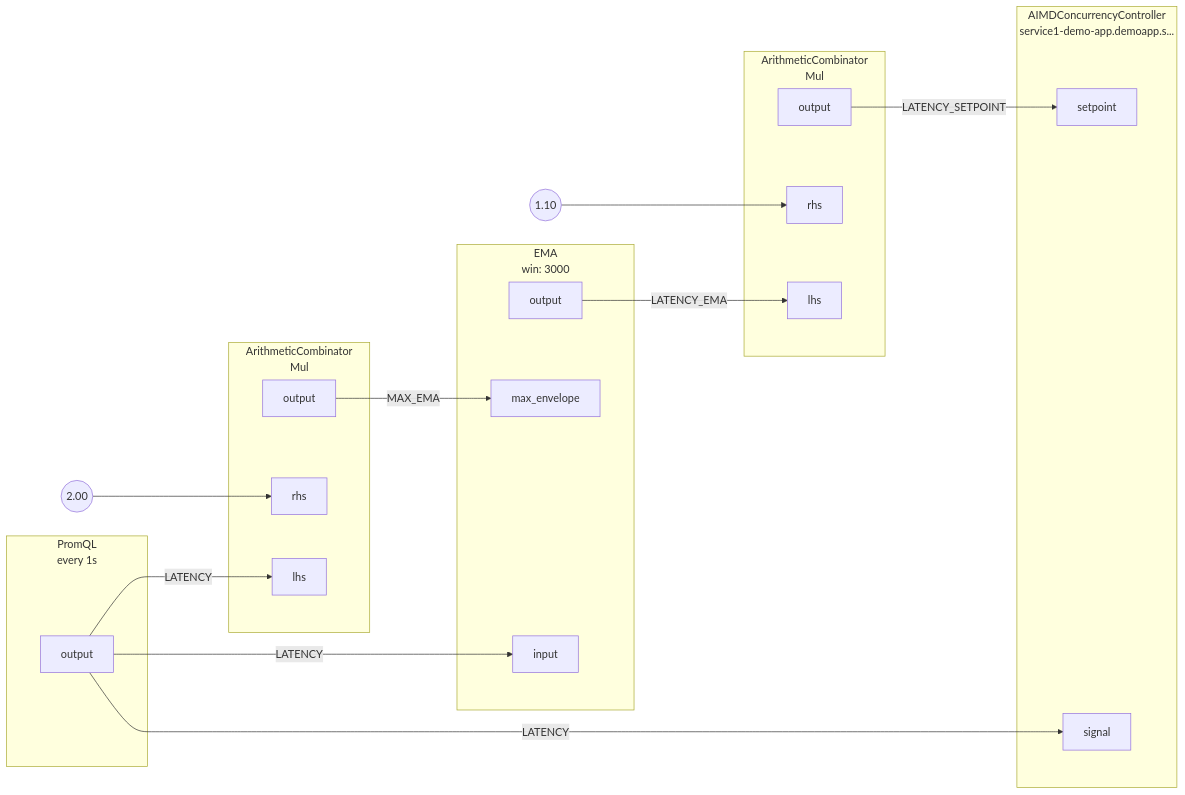
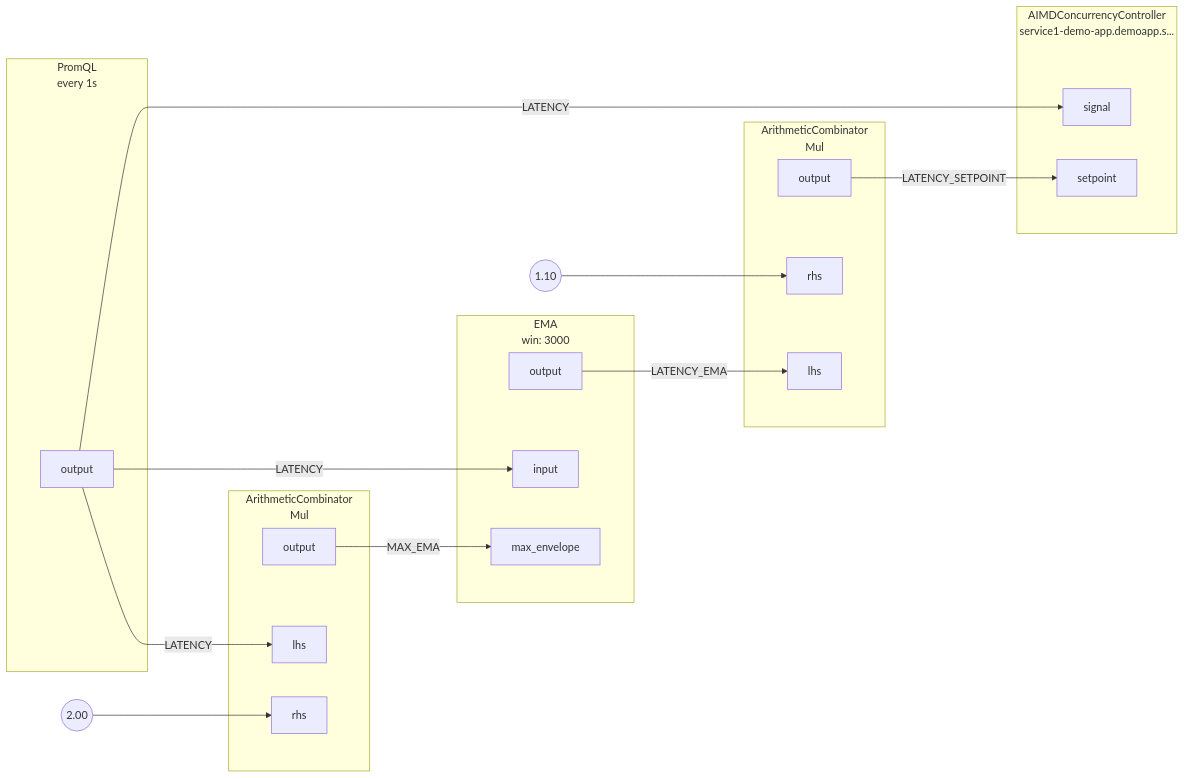
One commit to fluxninja/aperture changed the diagram in docs/content/tutorials/integrations/flow-control/concurrency-limiting/assets/workload-prioritization/workload-prioritization.mmd. Above: the diagram before and after it, drawn with Mermaid. The commit also changed other lines of this file and 11 other files, not shown here.

```diff
--- a/docs/content/tutorials/integrations/flow-control/concurrency-limiting/assets/workload-prioritization/workload-prioritization.mmd
+++ b/docs/content/tutorials/integrations/flow-control/concurrency-limiting/assets/workload-prioritization/workload-prioritization.mmd
@@ -1,60 +1,60 @@
 flowchart LR
 subgraph root.0[<center>PromQL<br/>every 1s</center>]
 subgraph root.0_outports[ ]
 style root.0_outports fill:none,stroke:none
 root.0output[output]
 end
 end
 FakeConstant0((2.00))
 FakeConstant0 --> root.1rhs
 subgraph root.1[<center>ArithmeticCombinator<br/>Mul</center>]
 subgraph root.1_inports[ ]
 style root.1_inports fill:none,stroke:none
 root.1lhs[lhs]
 root.1rhs[rhs]
 end
 subgraph root.1_outports[ ]
 style root.1_outports fill:none,stroke:none
 root.1output[output]
 end
 end
 FakeConstant1((1.10))
 FakeConstant1 --> root.2rhs
 subgraph root.2[<center>ArithmeticCombinator<br/>Mul</center>]
 subgraph root.2_inports[ ]
 style root.2_inports fill:none,stroke:none
 root.2lhs[lhs]
 root.2rhs[rhs]
 end
 subgraph root.2_outports[ ]
 style root.2_outports fill:none,stroke:none
 root.2output[output]
 end
 end
 subgraph root.3[<center>EMA<br/>win: 3000</center>]
 subgraph root.3_inports[ ]
 style root.3_inports fill:none,stroke:none
+root.3input[input]
 root.3max_envelope[max_envelope]
-root.3input[input]
 end
 subgraph root.3_outports[ ]
 style root.3_outports fill:none,stroke:none
 root.3output[output]
 end
 end
 subgraph root.4[<center>AIMDConcurrencyController<br/>service1-demo-app.demoapp.s...</center>]
 subgraph root.4_inports[ ]
 style root.4_inports fill:none,stroke:none
 root.4setpoint[setpoint]
 root.4signal[signal]
 end
 subgraph root.4_outports[ ]
 style root.4_outports fill:none,stroke:none
 end
 end
+root.2output --> |LATENCY_SETPOINT| root.4setpoint
+root.3output --> |LATENCY_EMA| root.2lhs
 root.0output --> |LATENCY| root.1lhs
 root.0output --> |LATENCY| root.3input
 root.0output --> |LATENCY| root.4signal
 root.1output --> |MAX_EMA| root.3max_envelope
-root.2output --> |LATENCY_SETPOINT| root.4setpoint
-root.3output --> |LATENCY_EMA| root.2lhs
```
